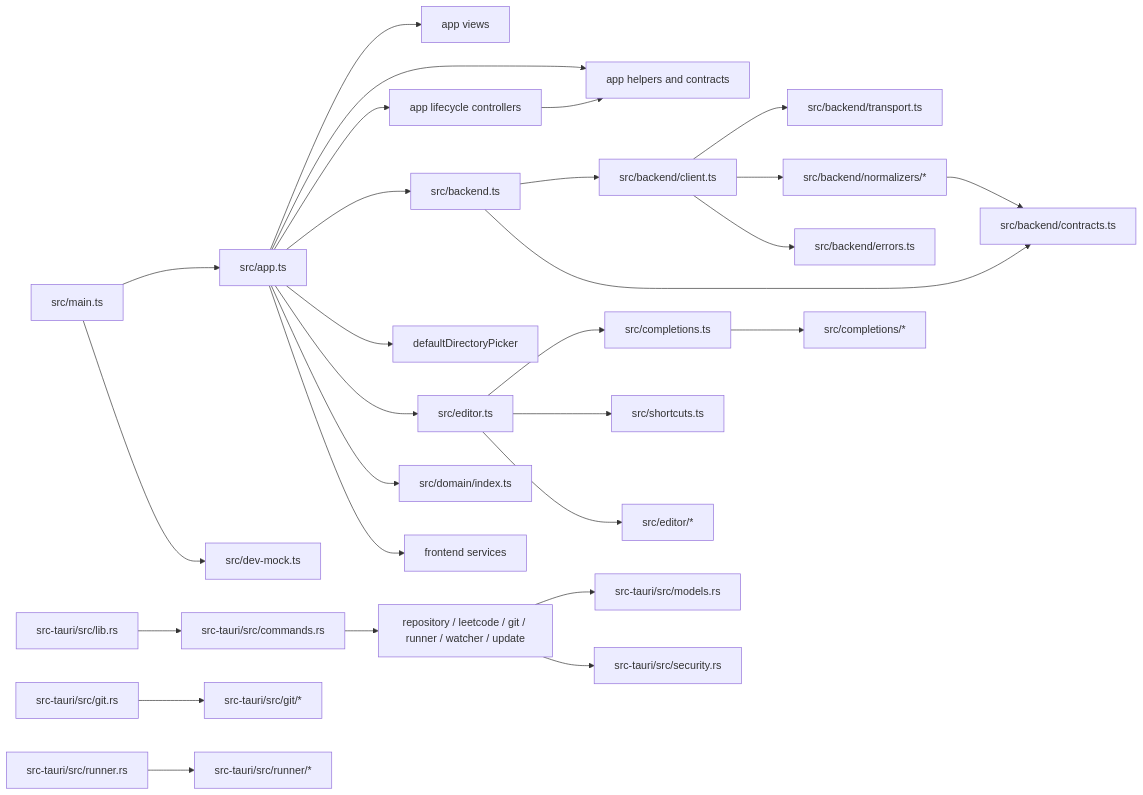
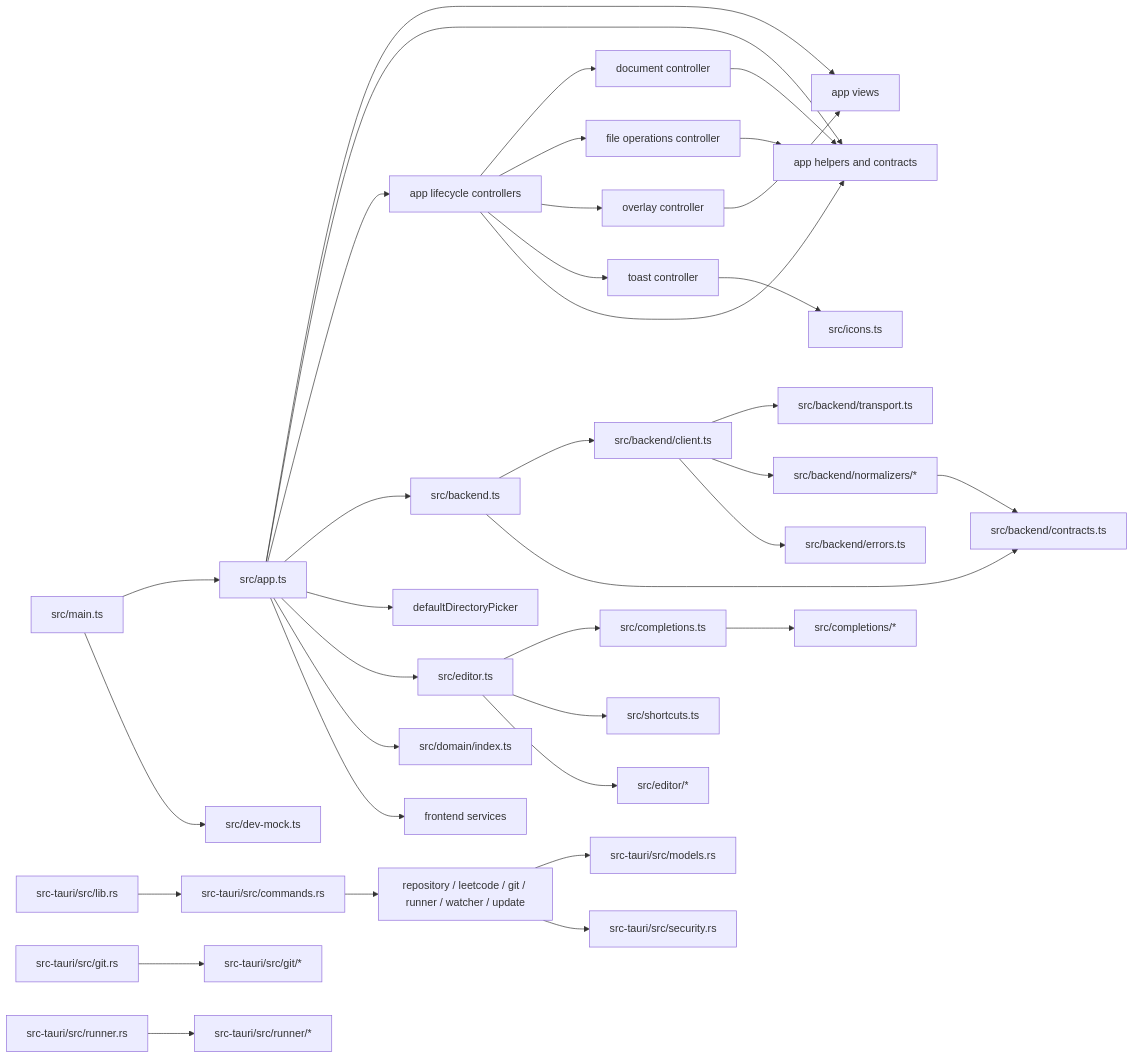
One commit to ShanePark/leetcoder changed the diagram in docs/architecture.md. Above: the diagram before and after it, drawn with Mermaid. The commit also changed other lines of this file and 11 other files, not shown here.

````diff
--- a/docs/architecture.md
+++ b/docs/architecture.md
@@ -54,30 +54,38 @@
 ```mermaid
 flowchart LR
   main[src/main.ts] --> app[src/app.ts]
   main --> mock[src/dev-mock.ts]
   app --> appViews[app views]
   app --> appParts[app helpers and contracts]
   app --> appControllers[app lifecycle controllers]
+  appControllers --> documentCtrl[document controller]
+  appControllers --> fileOpsCtrl[file operations controller]
+  appControllers --> overlayCtrl[overlay controller]
+  appControllers --> toastCtrl[toast controller]
+  documentCtrl --> appParts
+  fileOpsCtrl --> appParts
+  overlayCtrl --> appViews
+  toastCtrl --> icons[src/icons.ts]
   app --> backend[src/backend.ts]
   app --> picker[defaultDirectoryPicker]
   app --> editor[src/editor.ts]
   app --> domain[src/domain/index.ts]
   app --> services[frontend services]
   appControllers --> appParts
   editor --> completion[src/completions.ts]
   editor --> shortcuts[src/shortcuts.ts]
   editor --> editorParts[src/editor/*]
   completion --> completionParts[src/completions/*]
   backend --> client[src/backend/client.ts]
   backend --> contracts[src/backend/contracts.ts]
   client --> transport[src/backend/transport.ts]
   client --> normalizers[src/backend/normalizers/*]
   client --> errors[src/backend/errors.ts]
   normalizers --> contracts
   lib[src-tauri/src/lib.rs] --> commands[src-tauri/src/commands.rs]
   commands --> native[repository / leetcode / git / runner / watcher / update]
   native --> models[src-tauri/src/models.rs]
   native --> security[src-tauri/src/security.rs]
   git[src-tauri/src/git.rs] --> gitParts[src-tauri/src/git/*]
   runner[src-tauri/src/runner.rs] --> runnerParts[src-tauri/src/runner/*]
 ```
````
